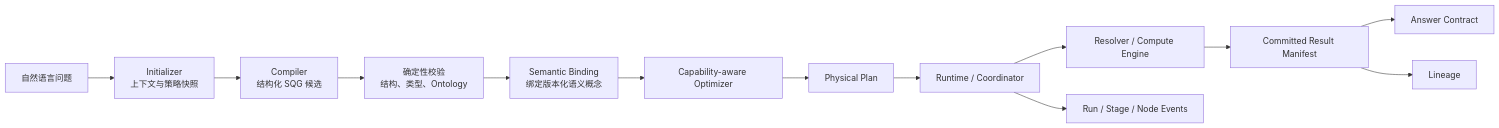
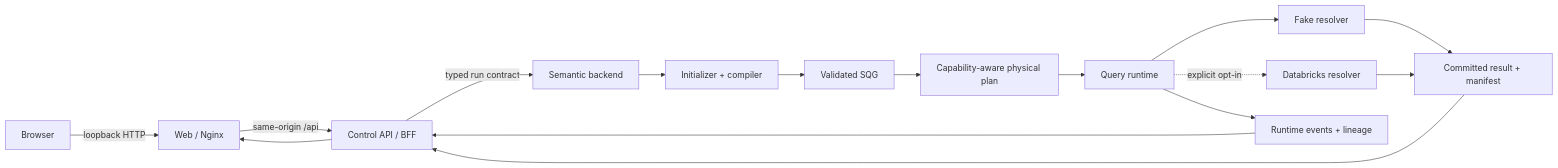
The diagram in README.md (2012952877/semantic-data-nexus), drawn with Mermaid before and after one commit. The commit also changed other lines of this file and 23 other files, not shown here.

````diff
--- a/README.md
+++ b/README.md
@@ -76,15 +26,18 @@
 ```mermaid
 flowchart LR
-    Q[自然语言问题] --> I[Initializer<br/>上下文与策略快照]
-    I --> C[Compiler<br/>结构化 SQG 候选]
-    C --> V[确定性校验<br/>结构、类型、Ontology]
-    V --> B[Semantic Binding<br/>绑定版本化语义概念]
-    B --> O[Capability-aware Optimizer]
-    O --> P[Physical Plan]
-    P --> R[Runtime / Coordinator]
-    R --> X[Resolver / Compute Engine]
-    X --> M[Committed Result Manifest]
-    R --> E[Run / Stage / Node Events]
-    M --> A[Answer Contract]
-    M --> L[Lineage]
+    U[Browser] -->|loopback HTTP| N[Web / Nginx]
+    N -->|same-origin /api| B[Control API / BFF]
+    B -->|typed run contract| S[Semantic backend]
+    S --> I[Initializer + compiler]
+    I --> V[Validated SQG]
+    V --> P[Capability-aware physical plan]
+    P --> R[Query runtime]
+    R --> F[Fake resolver]
+    R -. explicit opt-in .-> D[Databricks resolver]
+    F --> C[Committed result + manifest]
+    D --> C
+    R --> L[Runtime events + lineage]
+    C --> B
+    L --> B
+    B --> N
 ```
````
